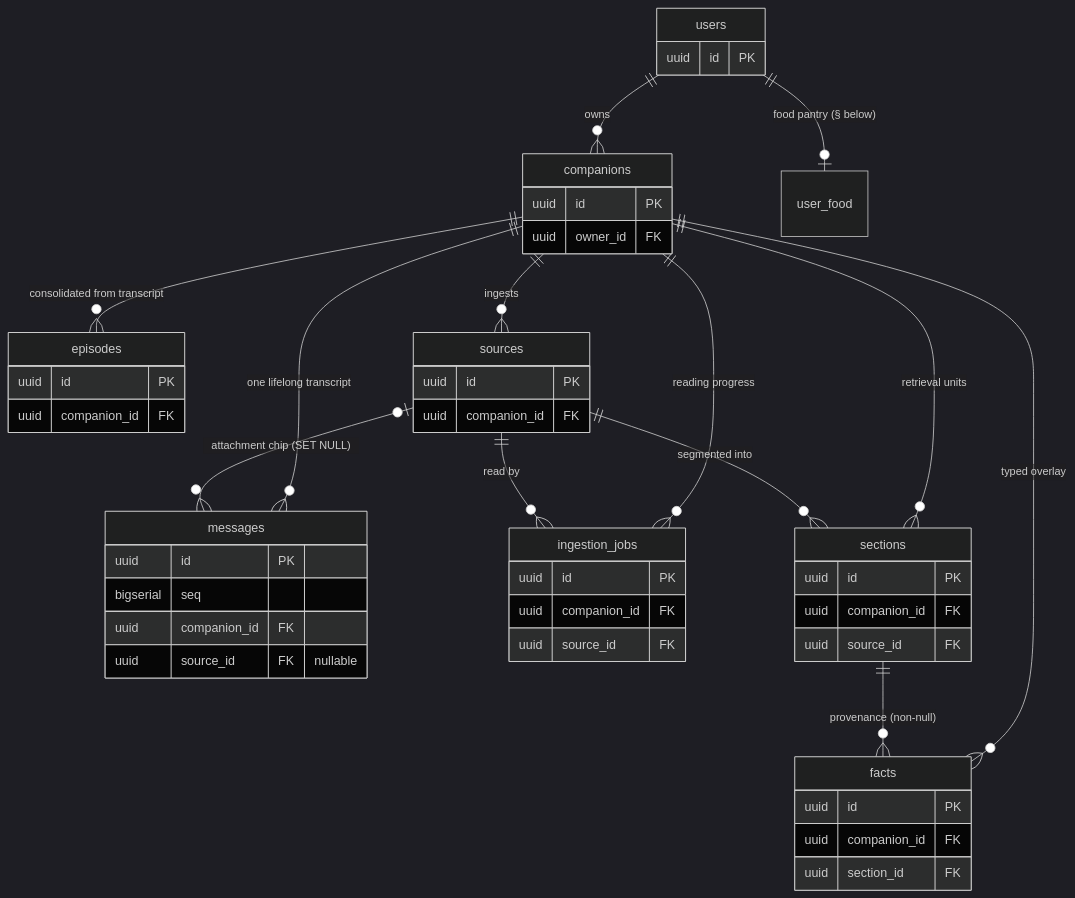
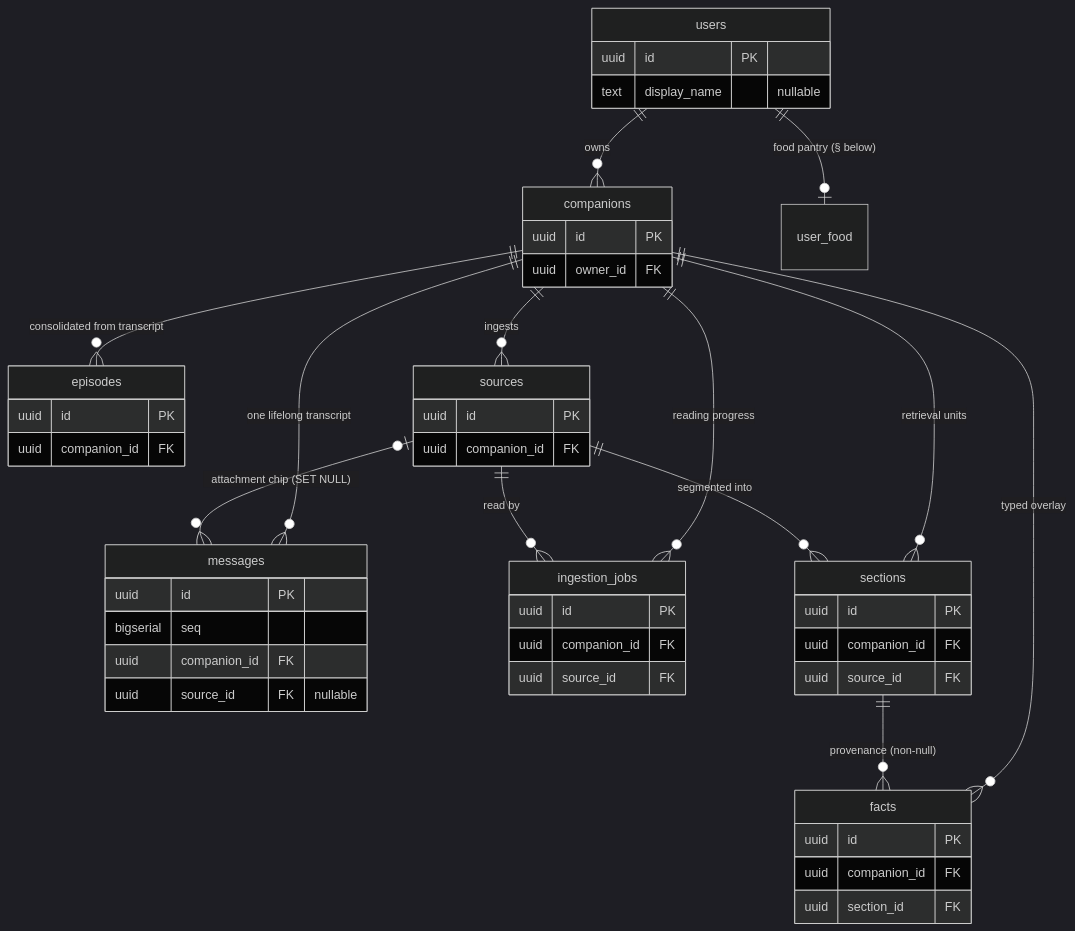
One commit to CobbleStamp/CobbleCompanion changed the first of 4 diagrams in docs/implementation.md. Above: the diagram before and after it, drawn with Mermaid (dark theme). The commit also changed other lines of this file and 17 other files, not shown here.

````diff
--- a/docs/implementation.md
+++ b/docs/implementation.md
@@ -20,52 +20,53 @@
 ```mermaid
 erDiagram
     users          ||--o{ companions      : owns
     users          ||--o| user_food       : "food pantry (§ below)"
     companions     ||--o{ messages        : "one lifelong transcript"
     companions     ||--o{ episodes        : "consolidated from transcript"
     companions     ||--o{ sources         : ingests
     companions     ||--o{ ingestion_jobs  : "reading progress"
     companions     ||--o{ sections        : "retrieval units"
     companions     ||--o{ facts           : "typed overlay"
     sources        ||--o{ sections        : "segmented into"
     sources        ||--o{ ingestion_jobs  : "read by"
     sources        |o--o{ messages        : "attachment chip (SET NULL)"
     sections       ||--o{ facts           : "provenance (non-null)"
 
     users {
         uuid id PK
+        text display_name "nullable"
     }
     companions {
         uuid id PK
         uuid owner_id FK
     }
     messages {
         uuid id PK
         bigserial seq
         uuid companion_id FK
         uuid source_id FK "nullable"
     }
     episodes {
         uuid id PK
         uuid companion_id FK
     }
     sources {
         uuid id PK
         uuid companion_id FK
     }
     ingestion_jobs {
         uuid id PK
         uuid companion_id FK
         uuid source_id FK
     }
     sections {
         uuid id PK
         uuid companion_id FK
         uuid source_id FK
     }
     facts {
         uuid id PK
         uuid companion_id FK
         uuid section_id FK
     }
 ```
````
